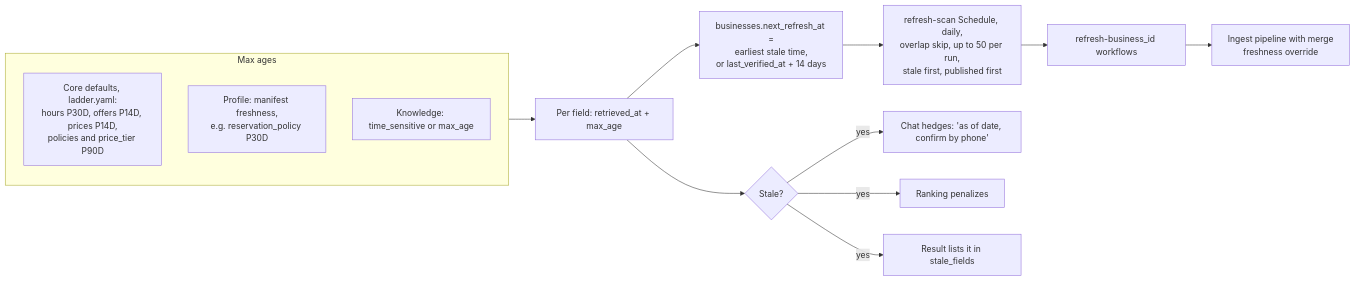
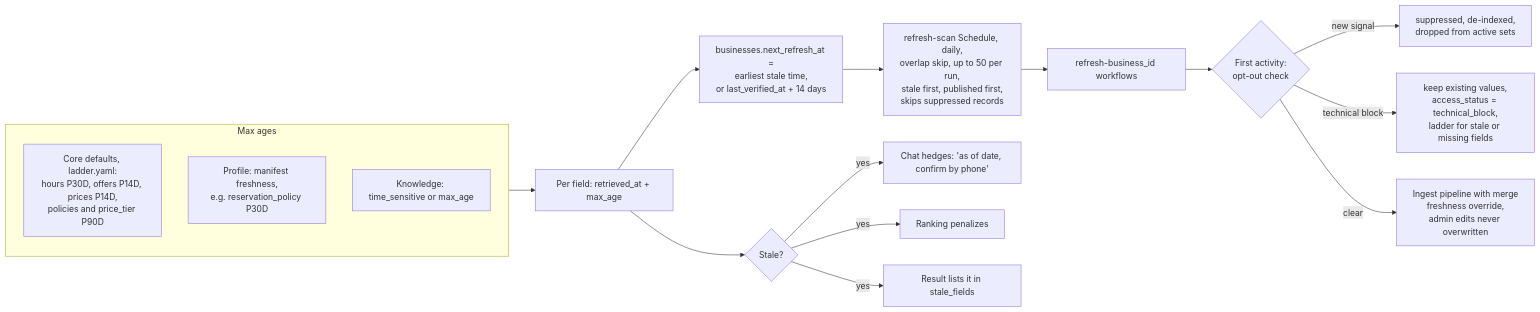
Before and after one commit to hp94087/akira: diagram 40 of 48 in architecture_v2.md, drawn with Mermaid. The commit also changed other lines of this file, not shown here.

First line of the commit message:
Update architecture_v2.md to match SPEC.md

````diff
--- a/architecture_v2.md
+++ b/architecture_v2.md
@@ -1251,18 +1306,21 @@
 ```mermaid
 flowchart LR
   subgraph AGE["Max ages"]
     a1["Core defaults, ladder.yaml:<br/>hours P30D, offers P14D, prices P14D,<br/>policies and price_tier P90D"]
     a2["Profile: manifest freshness,<br/>e.g. reservation_policy P30D"]
     a3["Knowledge: time_sensitive or max_age"]
   end
   AGE --> calc["Per field: retrieved_at + max_age"]
   calc --> nra["businesses.next_refresh_at =<br/>earliest stale time,<br/>or last_verified_at + 14 days"]
-  nra --> scan["refresh-scan Schedule, daily,<br/>overlap skip, up to 50 per run,<br/>stale first, published first"]
+  nra --> scan["refresh-scan Schedule, daily,<br/>overlap skip, up to 50 per run,<br/>stale first, published first,<br/>skips suppressed records"]
   scan --> rw["refresh-business_id workflows"]
-  rw --> ing["Ingest pipeline with merge<br/>freshness override"]
+  rw --> chk{"First activity:<br/>opt-out check"}
+  chk -->|"new signal"| sup["suppressed, de-indexed,<br/>dropped from active sets"]
+  chk -->|"technical block"| tb["keep existing values,<br/>access_status = technical_block,<br/>ladder for stale or missing fields"]
+  chk -->|"clear"| ing["Ingest pipeline with merge<br/>freshness override,<br/>admin edits never overwritten"]
 
   calc --> stale{"Stale?"}
   stale -->|"yes"| eff1["Chat hedges: 'as of date, confirm by phone'"]
   stale -->|"yes"| eff2["Ranking penalizes"]
   stale -->|"yes"| eff3["Result lists it in stale_fields"]
 ```
````
